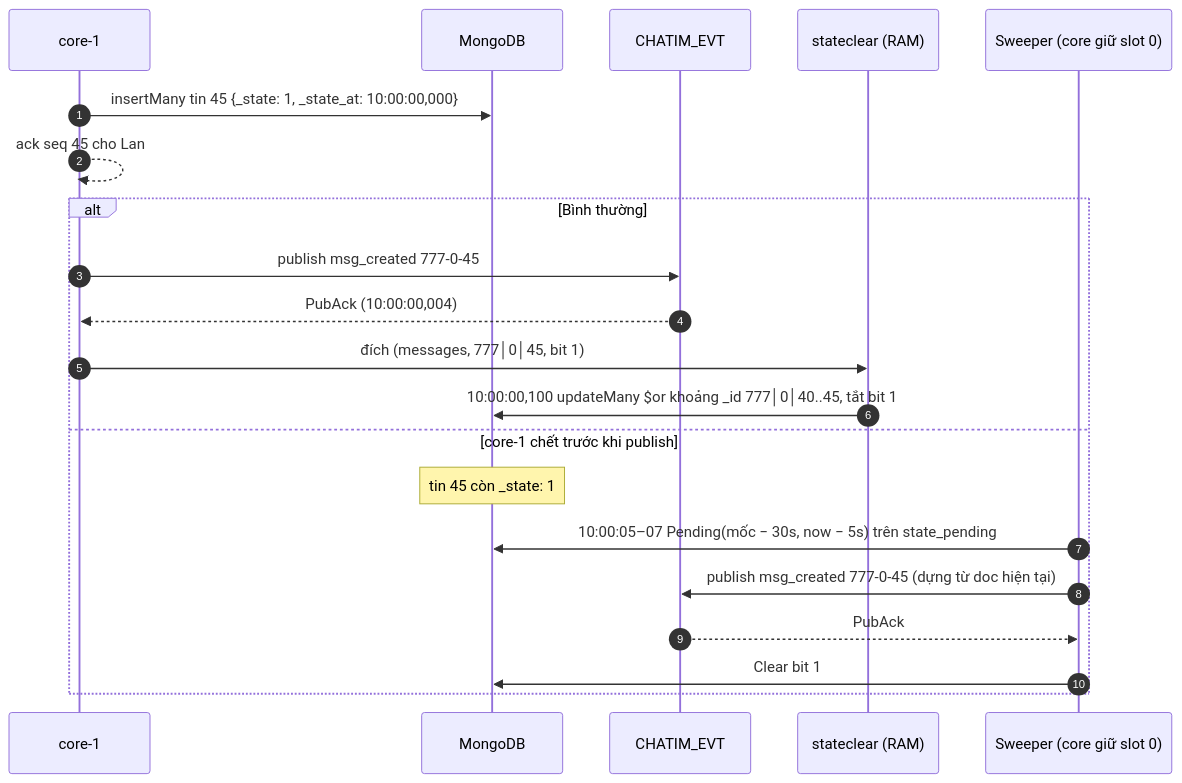
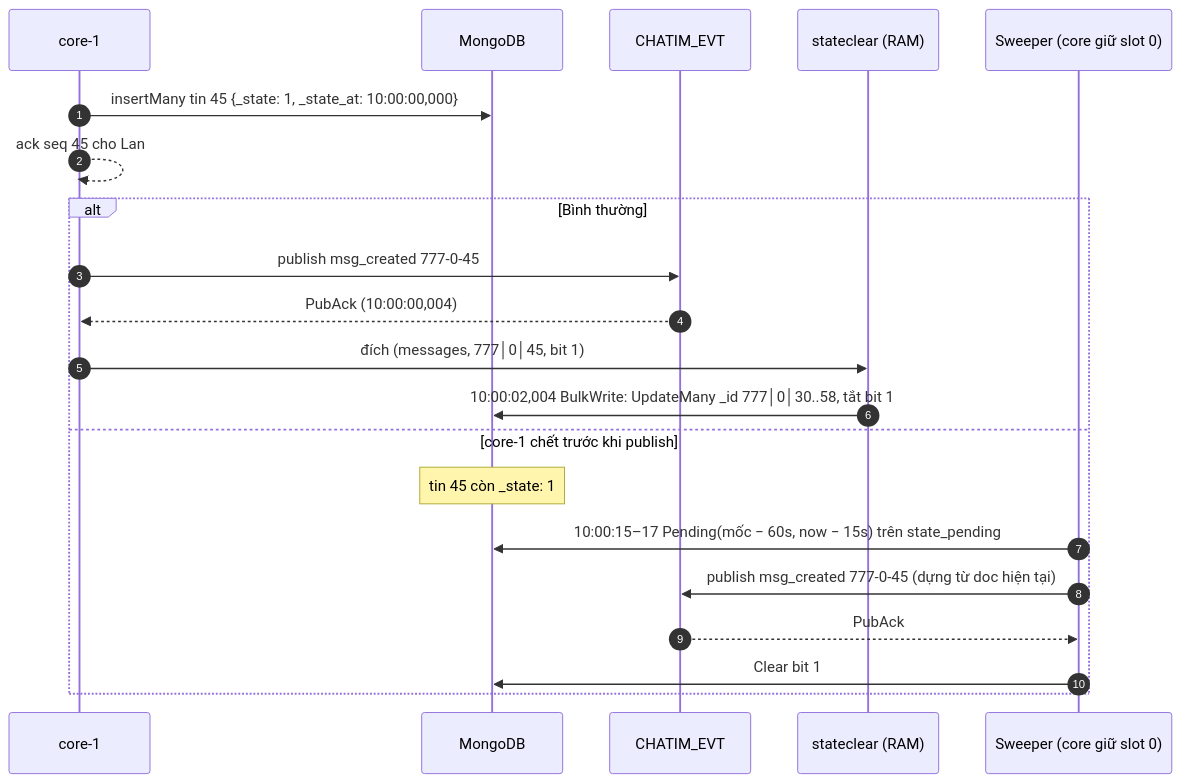
The second of 2 diagrams in docs/modules/10-feature-data-reconciliation-and-repair.md (ivannguyendev/chatim), drawn with Mermaid before and after one commit. The commit also changed other lines of this file and 13 other files, not shown here.

````diff
--- a/docs/modules/10-feature-data-reconciliation-and-repair.md
+++ b/docs/modules/10-feature-data-reconciliation-and-repair.md
@@ -56,24 +56,24 @@
 ```mermaid
 sequenceDiagram
     autonumber
     participant Core as core-1
     participant Mongo as MongoDB
     participant NATS as CHATIM_EVT
     participant Clear as stateclear (RAM)
     participant Sweep as Sweeper (core giữ slot 0)
 
     Core->>Mongo: insertMany tin 45 {_state: 1, _state_at: 10:00:00,000}
     Core-->>Core: ack seq 45 cho Lan
     alt Bình thường
         Core->>NATS: publish msg_created 777-0-45
         NATS-->>Core: PubAck (10:00:00,004)
         Core->>Clear: đích (messages, 777│0│45, bit 1)
-        Clear->>Mongo: 10:00:00,100 updateMany $or khoảng _id 777│0│40..45, tắt bit 1
+        Clear->>Mongo: 10:00:02,004 BulkWrite: UpdateMany _id 777│0│30..58, tắt bit 1
     else core-1 chết trước khi publish
         Note over Mongo: tin 45 còn _state: 1
-        Sweep->>Mongo: 10:00:05–07 Pending(mốc − 30s, now − 5s) trên state_pending
+        Sweep->>Mongo: 10:00:15–17 Pending(mốc − 60s, now − 15s) trên state_pending
         Sweep->>NATS: publish msg_created 777-0-45 (dựng từ doc hiện tại)
         NATS-->>Sweep: PubAck
         Sweep->>Mongo: Clear bit 1
     end
 ```
````
